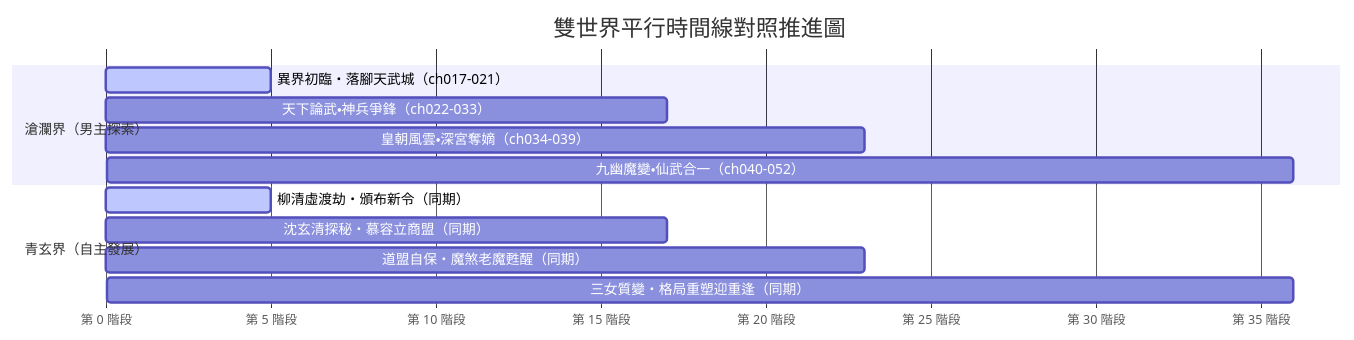
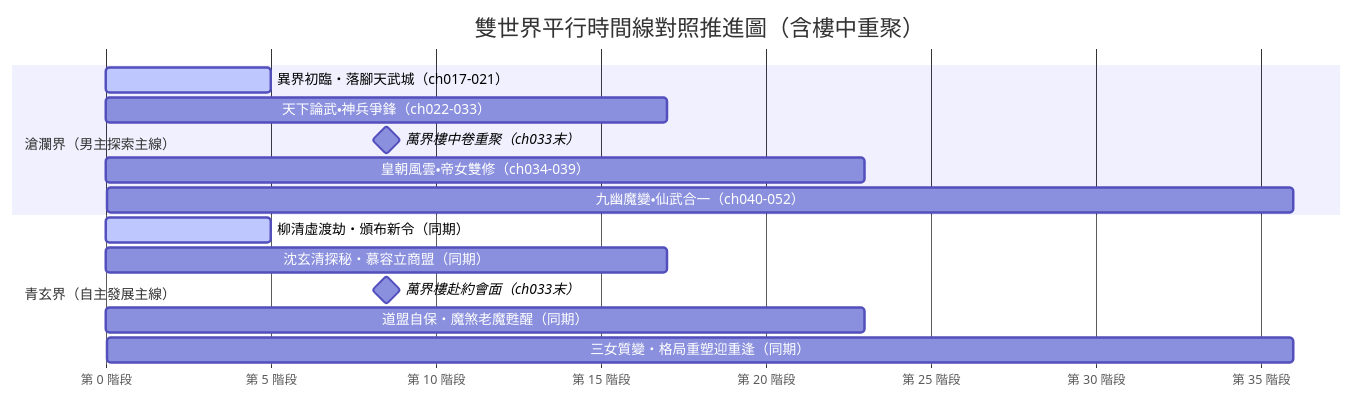
One commit to wade-fs/novel changed the diagram in sex/docs/arcs/02/04_foreshadowing.md. Above: the diagram before and after it, drawn with Mermaid. The commit also changed other lines of this file and 5 other files, not shown here.

````diff
--- a/sex/docs/arcs/02/04_foreshadowing.md
+++ b/sex/docs/arcs/02/04_foreshadowing.md
@@ -10,18 +10,20 @@
 ```mermaid
 gantt
-    title 雙世界平行時間線對照推進圖
+    title 雙世界平行時間線對照推進圖（含樓中重聚）
     dateFormat  X
     axisFormat  第 %s 階段
 
-    section 滄瀾界（男主探索）
+    section 滄瀾界（男主探索主線）
     異界初臨・落腳天武城（ch017-021） :active, c1, 0, 5
     天下論武・神兵爭鋒（ch022-033）   :c2, 5, 17
-    皇朝風雲・深宮奪嫡（ch034-039）   :c3, 17, 23
+    萬界樓中卷重聚（ch033末）          :milestone, m1, 17, 17
+    皇朝風雲・帝女雙修（ch034-039）   :c3, 17, 23
     九幽魔變・仙武合一（ch040-052）   :c4, 23, 36
 
-    section 青玄界（自主發展）
+    section 青玄界（自主發展主線）
     柳清虛渡劫・頒布新令（同期）     :active, q1, 0, 5
     沈玄清探秘・慕容立商盟（同期）   :q2, 5, 17
+    萬界樓赴約會面（ch033末）          :milestone, m2, 17, 17
     道盟自保・魔煞老魔甦醒（同期）   :q3, 17, 23
     三女質變・格局重塑迎重逢（同期） :q4, 23, 36
 ```
````
